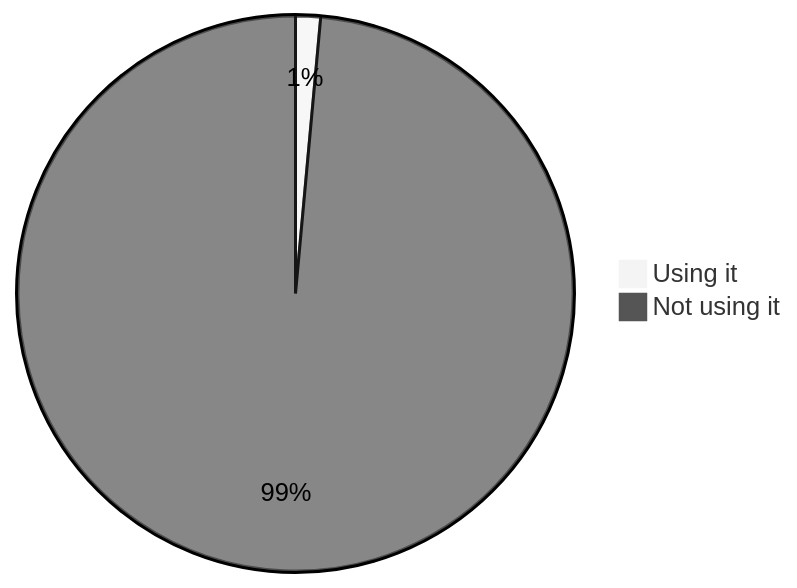
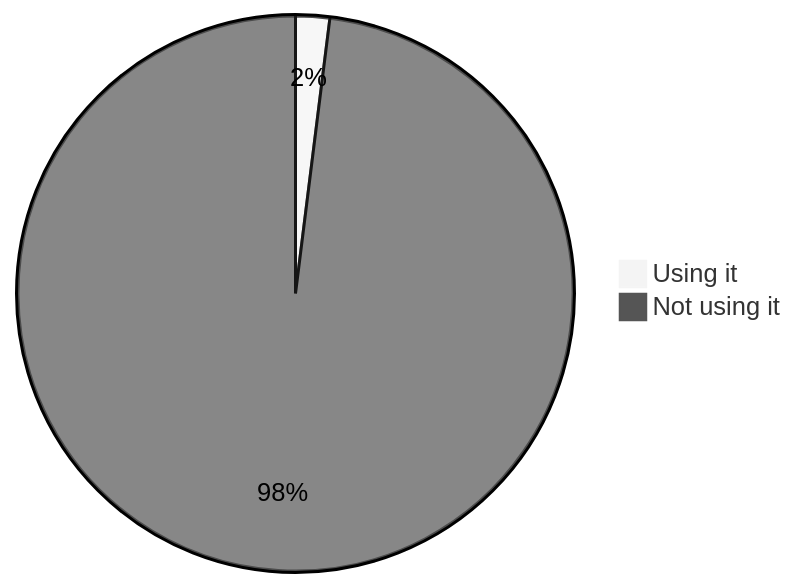
The seventh of 22 diagrams in stats.md (oshp/oshp-stats), drawn with Mermaid (neutral theme) before and after one commit. The commit also changed other lines of this file, not shown here.

````diff
--- a/stats.md
+++ b/stats.md
@@ -94,6 +82,6 @@
 ```mermaid
 pie
-	"Using it" : 1.45
-	"Not using it" : 98.55
+	"Using it" : 1.98
+	"Not using it" : 98.02
 
 ```
````
